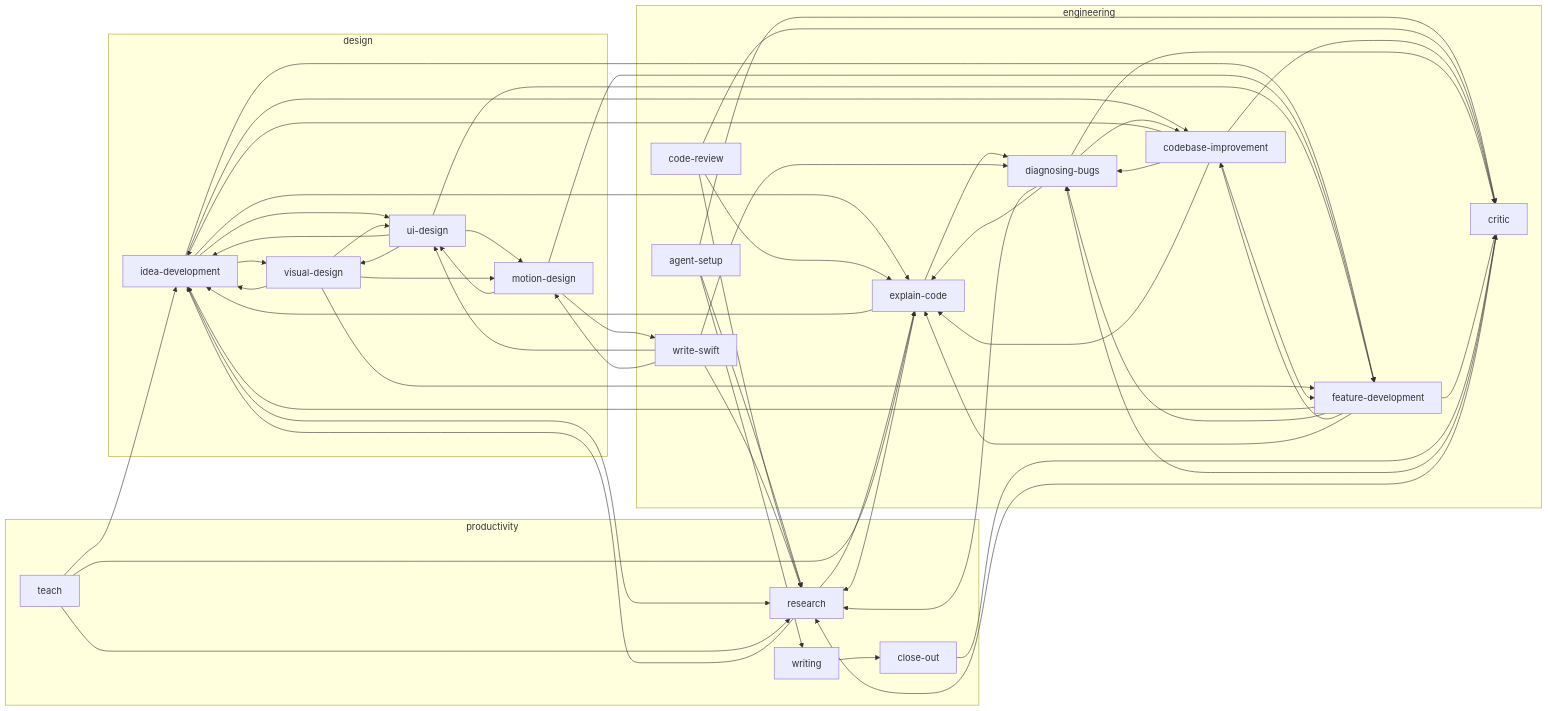
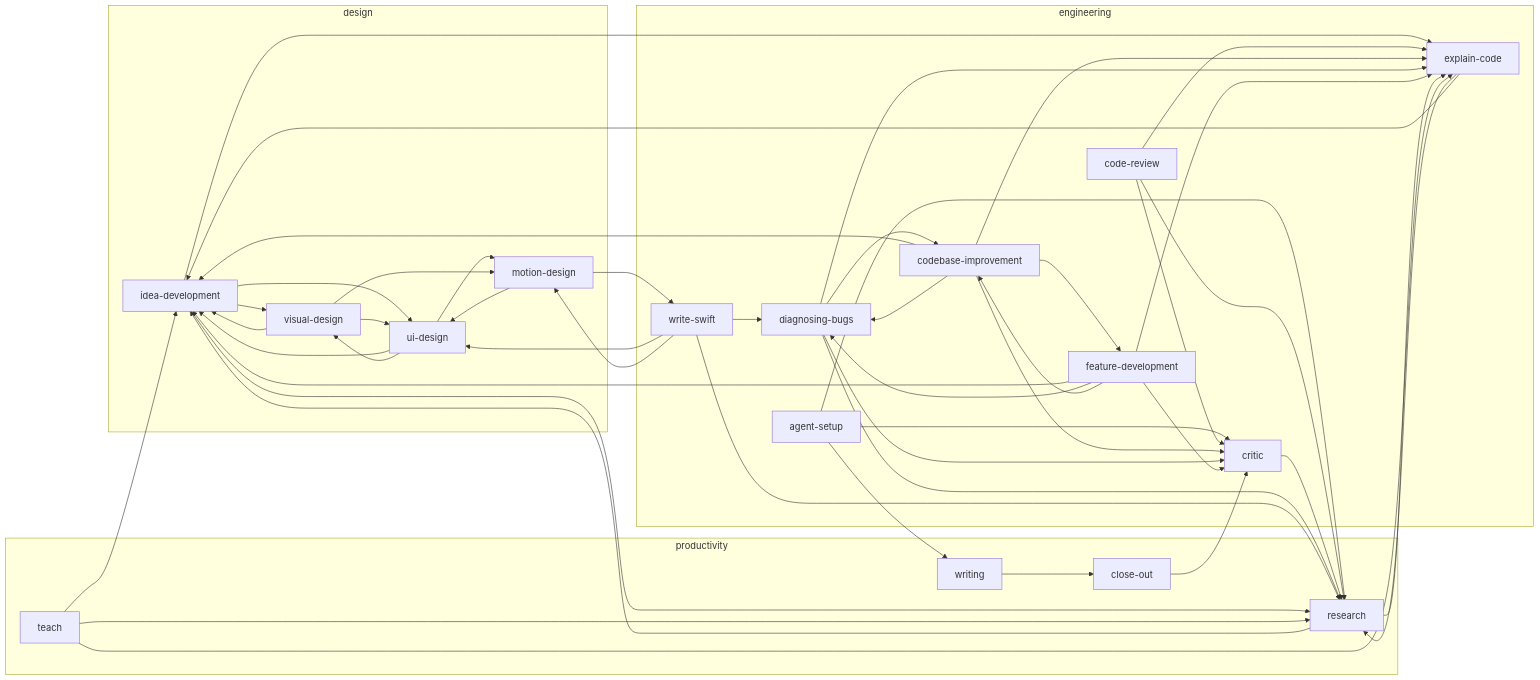
One commit to sxnzs/skills changed the diagram in docs/README.md. Above: the diagram before and after it, drawn with Mermaid. The commit also changed other lines of this file and 15 other files, not shown here.

````diff
--- a/docs/README.md
+++ b/docs/README.md
@@ -75,78 +75,71 @@
 ```mermaid
 flowchart LR
   subgraph design
     idea_development[idea-development]
     motion_design[motion-design]
     ui_design[ui-design]
     visual_design[visual-design]
   end
   subgraph engineering
     agent_setup[agent-setup]
     code_review[code-review]
     codebase_improvement[codebase-improvement]
     critic[critic]
     diagnosing_bugs[diagnosing-bugs]
     explain_code[explain-code]
     feature_development[feature-development]
     write_swift[write-swift]
   end
   subgraph productivity
     close_out[close-out]
     research[research]
     teach[teach]
     writing[writing]
   end
   idea_development --> research
   idea_development --> visual_design
   idea_development --> ui_design
-  idea_development --> codebase_improvement
   idea_development --> explain_code
-  idea_development --> feature_development
   motion_design --> ui_design
   motion_design --> write_swift
-  motion_design --> feature_development
   ui_design --> idea_development
   ui_design --> visual_design
   ui_design --> motion_design
-  ui_design --> feature_development
   visual_design --> idea_development
   visual_design --> ui_design
   visual_design --> motion_design
-  visual_design --> feature_development
   agent_setup --> writing
   agent_setup --> research
   agent_setup --> critic
   code_review --> critic
   code_review --> explain_code
   code_review --> research
   codebase_improvement --> idea_development
   codebase_improvement --> diagnosing_bugs
   codebase_improvement --> explain_code
   codebase_improvement --> feature_development
   codebase_improvement --> critic
-  critic --> diagnosing_bugs
   critic --> research
   diagnosing_bugs --> codebase_improvement
   diagnosing_bugs --> research
   diagnosing_bugs --> explain_code
   diagnosing_bugs --> critic
-  explain_code --> diagnosing_bugs
   explain_code --> research
   explain_code --> idea_development
   feature_development --> idea_development
   feature_development --> diagnosing_bugs
   feature_development --> codebase_improvement
   feature_development --> explain_code
   feature_development --> critic
   write_swift --> ui_design
   write_swift --> motion_design
   write_swift --> diagnosing_bugs
   write_swift --> research
   close_out --> critic
   research --> idea_development
   research --> explain_code
   teach --> idea_development
   teach --> research
   teach --> explain_code
   writing --> close_out
 ```
````
